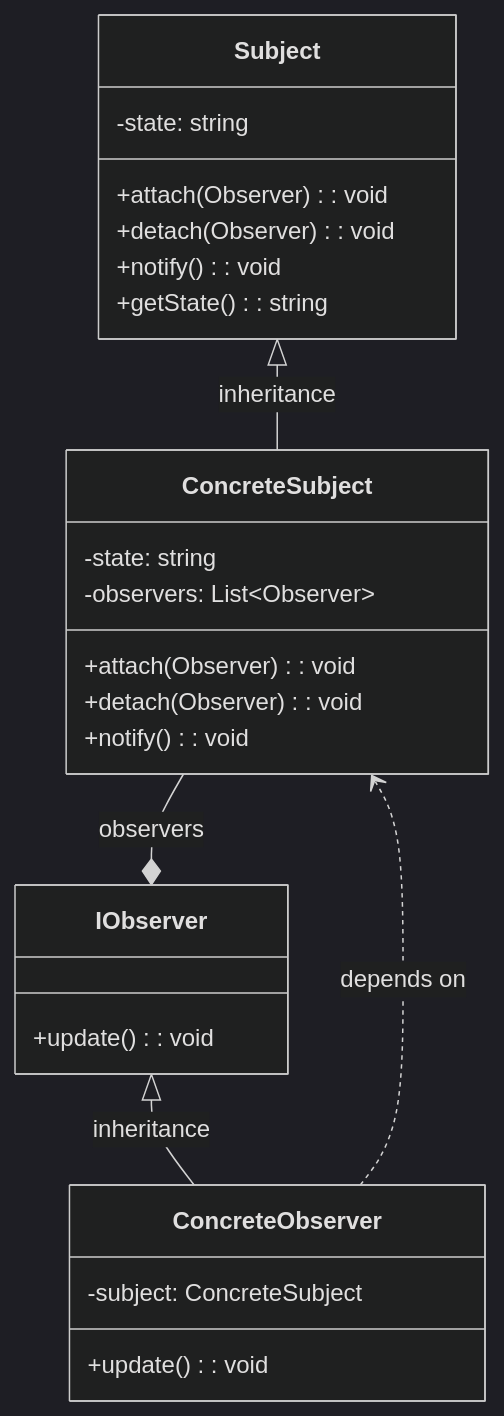
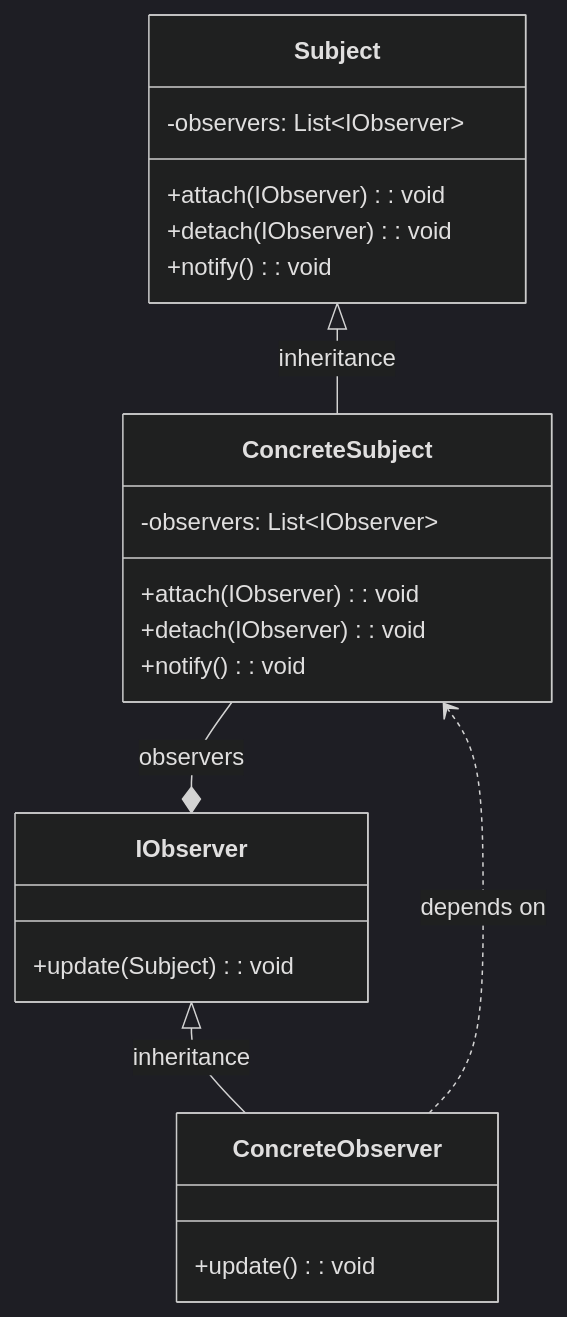
Before and after one commit to xolghadr/patterns: the diagram in ObserverPattern/README.md, drawn with Mermaid (dark theme).

Commit message:
Update README.md of Observer Pattern

````diff
--- a/ObserverPattern/README.md
+++ b/ObserverPattern/README.md
@@ -9,32 +9,29 @@
 ```mermaid
 classDiagram
     class Subject {
-        -state: string
-        +attach(Observer): void
-        +detach(Observer): void
+        -observers: List~IObserver~
+        +attach(IObserver): void
+        +detach(IObserver): void
         +notify(): void
-        +getState(): string
     }
 
     class IObserver {
-        +update(): void
+        +update(Subject): void
     }
 
     class ConcreteSubject {
-        -state: string
-        -observers: List~Observer~
-        +attach(Observer): void
-        +detach(Observer): void
+        -observers: List~IObserver~
+        +attach(IObserver): void
+        +detach(IObserver): void
         +notify(): void
     }
 
     class ConcreteObserver {
-        -subject: ConcreteSubject
         +update(): void
     }
 
     ConcreteSubject --* IObserver : observers
     ConcreteObserver ..> ConcreteSubject : depends on
     Subject <|-- ConcreteSubject : inheritance
     IObserver <|-- ConcreteObserver : inheritance
 ```
````
